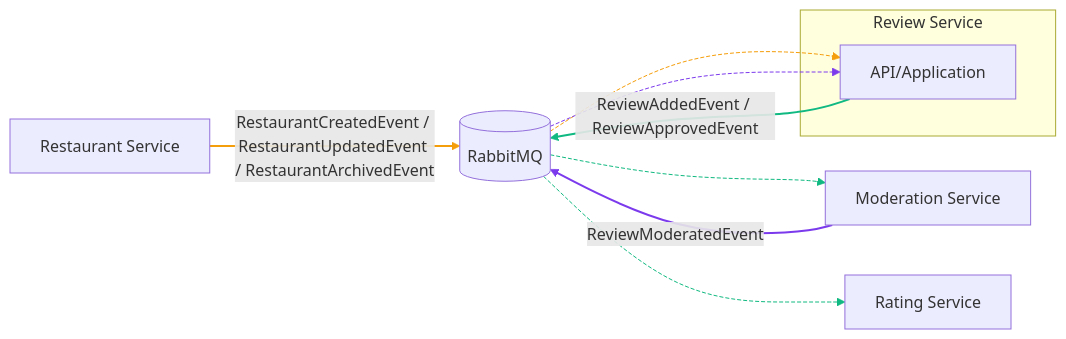
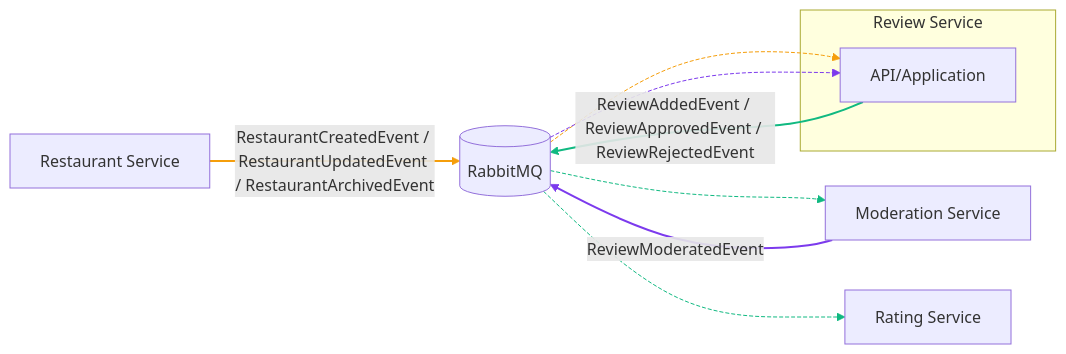
Before and after one commit to bagermoon/otuscode: the first of 3 diagrams in docs/services/ReviewService.md, drawn with Mermaid. The commit also changed other lines of this file and 2 other files, not shown here.

Commit message:
feat(review): add ReviewRejectedEvent to integration events

````diff
--- a/docs/services/ReviewService.md
+++ b/docs/services/ReviewService.md
@@ -81,39 +81,39 @@
 ```mermaid
 flowchart LR
     %% Справочные события от Restaurant
     RSVC[Restaurant Service] -- RestaurantCreatedEvent / RestaurantUpdatedEvent / RestaurantArchivedEvent --> MQ[(RabbitMQ)]
     MQ --> RV
 
     %% Исходящие события сервиса Review
     subgraph Review_Service[Review Service]
         RV[API/Application]
     end
 
-    RV -- ReviewAddedEvent / ReviewApprovedEvent --> MQ[(RabbitMQ)]
+    RV -- ReviewAddedEvent / ReviewApprovedEvent / ReviewRejectedEvent --> MQ[(RabbitMQ)]
 
     MQ --> ModSvc[Moderation Service]
 
     MQ --> RatingSvc[Rating Service]
 
     %% Входящие результаты модерации
     ModSvc -- ReviewModeratedEvent --> MQ
     MQ --> RV
 
     %% Link styling to visualize event families (order-dependent)
     %% 0: RSVC->MQ (restaurant events)
     linkStyle 0 stroke:#f59e0b,stroke-width:2px
     %% 1: MQ->RV (restaurant events delivery)
     linkStyle 1 stroke:#f59e0b,stroke-dasharray: 4 2
 
     %% 2: RV->MQ (review events)
     linkStyle 2 stroke:#10b981,stroke-width:2px
     %% 3: MQ->ModSvc (review events to Moderation)
     linkStyle 3 stroke:#10b981,stroke-dasharray: 4 2
     %% 4: MQ->RatingSvc (review events to Rating)
     linkStyle 4 stroke:#10b981,stroke-dasharray: 4 2
 
     %% 5: ModSvc->MQ (moderation result)
     linkStyle 5 stroke:#7c3aed,stroke-width:2px
     %% 6: MQ->RV (moderation result delivery)
     linkStyle 6 stroke:#7c3aed,stroke-dasharray: 4 2
 ```
````
